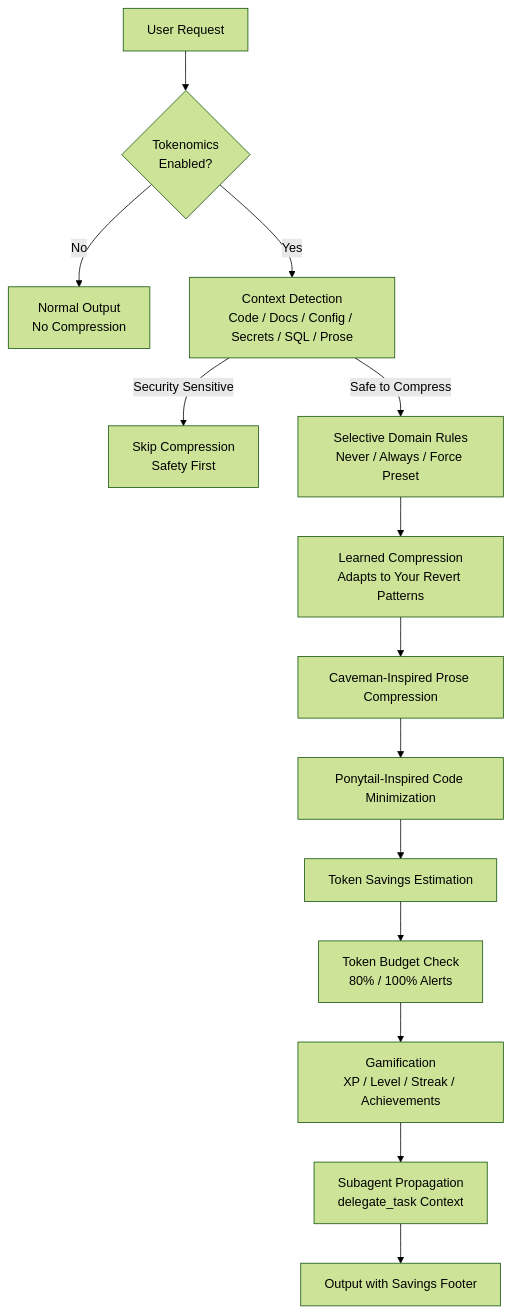
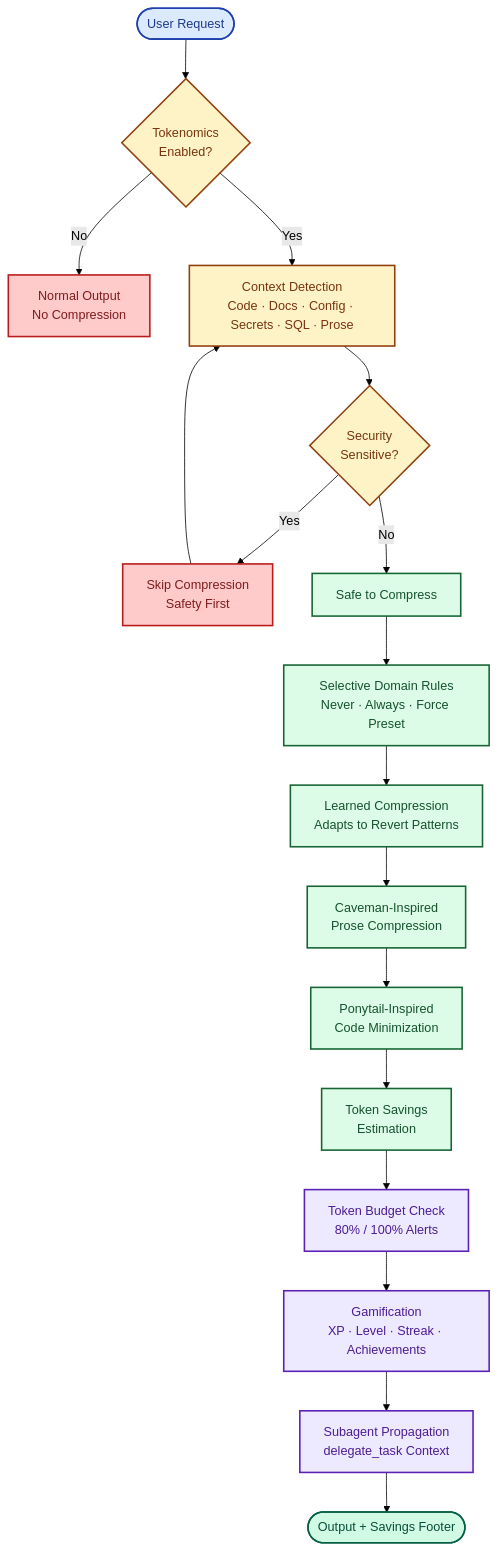
One commit to z99wE/tokenomics-plugin changed the diagram in claude-code/SKILL.md. Above: the diagram before and after it, drawn with Mermaid (forest theme). The commit also changed other lines of this file and 4 other files, not shown here.

Commit message:
Improve documentation, logo, mermaid diagrams, DSH trust signals

````diff
--- a/claude-code/SKILL.md
+++ b/claude-code/SKILL.md
@@ -44,16 +44,38 @@
 ```mermaid
 flowchart TD
-    A[User Request] --> B{Tokenomics<br/>Enabled?}
-    B -->|No| C[Normal Output<br/>No Compression]
-    B -->|Yes| D[Context Detection<br/>Code / Docs / Config / Secrets / SQL / Prose]
-    D -->|Security Sensitive| E[Skip Compression<br/>Safety First]
-    D -->|Safe to Compress| F[Selective Domain Rules<br/>Never / Always / Force Preset]
-    F --> G[Learned Compression<br/>Adapts to Your Revert Patterns]
-    G --> H[Caveman-Inspired Prose Compression]
-    H --> I[Ponytail-Inspired Code Minimization]
-    I --> J[Token Savings Estimation]
-    J --> K[Token Budget Check<br/>80% / 100% Alerts]
-    K --> L[Gamification<br/>XP / Level / Streak / Achievements]
-    L --> M[Subagent Propagation<br/>delegate_task Context]
-    M --> N[Output with Savings Footer]
+    A([User Request]) --> B{Tokenomics<br/>Enabled?}
+    B -->|No| R[Normal Output<br/>No Compression]
+    B -->|Yes| D[Context Detection<br/>Code · Docs · Config · Secrets · SQL · Prose]
+
+    D --> E{Security<br/>Sensitive?}
+    E -->|Yes| F[Skip Compression<br/>Safety First]
+    E -->|No| G[Safe to Compress]
+
+    F --> D
+    G --> H[Selective Domain Rules<br/>Never · Always · Force Preset]
+    H --> I[Learned Compression<br/>Adapts to Revert Patterns]
+    I --> J[Caveman-Inspired<br/>Prose Compression]
+    J --> K[Ponytail-Inspired<br/>Code Minimization]
+    K --> L[Token Savings<br/>Estimation]
+
+    L --> M[Token Budget Check<br/>80% / 100% Alerts]
+    M --> N[Gamification<br/>XP · Level · Streak · Achievements]
+    N --> O[Subagent Propagation<br/>delegate_task Context]
+    O --> P([Output + Savings Footer])
+
+    classDef entry fill:#dbeafe,stroke:#1e40af,stroke-width:2px,color:#1e3a8a
+    classDef gate fill:#fef3c7,stroke:#92400e,stroke-width:2px,color:#78350f
+    classDef safety fill:#fee2e2,stroke:#991b1b,stroke-width:2px,color:#7f1d1d
+    classDef compress fill:#dcfce7,stroke:#166534,stroke-width:2px,color:#14532d
+    classDef feature fill:#ede9fe,stroke:#5b21b6,stroke-width:2px,color:#4c1d95
+    classDef done fill:#d1fae5,stroke:#065f46,stroke-width:2px,color:#064e3b
+    classDef skip fill:#fecaca,stroke:#b91c1c,stroke-width:2px,color:#7f1d1d
+
+    class A,P entry
+    class B,D,E gate
+    class F safety
+    class G,H,I,J,K,L compress
+    class M,N,O feature
+    class P done
+    class F,R skip
 ```
````
